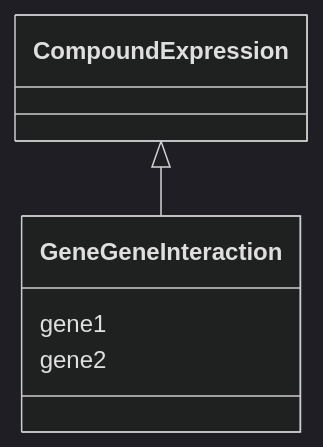
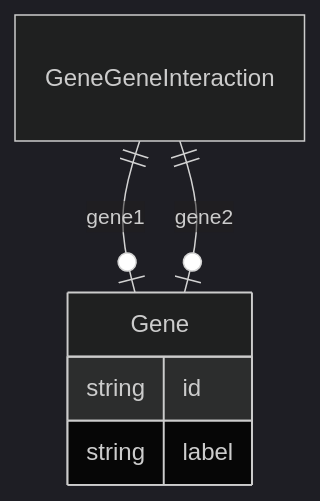
One commit to monarch-initiative/ontogpt changed the diagram in docs/gocam/GeneGeneInteraction.md. Above: the diagram before and after it, drawn with Mermaid (dark theme). The commit also changed 187 other files, not shown here.

````diff
--- a/docs/gocam/GeneGeneInteraction.md
+++ b/docs/gocam/GeneGeneInteraction.md
@@ -8,9 +8,14 @@
 ```mermaid
- classDiagram
-    class GeneGeneInteraction
-      CompoundExpression <|-- GeneGeneInteraction
-      
-      GeneGeneInteraction : gene1
-      GeneGeneInteraction : gene2
-      
+erDiagram
+GeneGeneInteraction {
+
+}
+Gene {
+    string id  
+    string label  
+}
+
+GeneGeneInteraction ||--|o Gene : "gene1"
+GeneGeneInteraction ||--|o Gene : "gene2"
+
 ```
````
